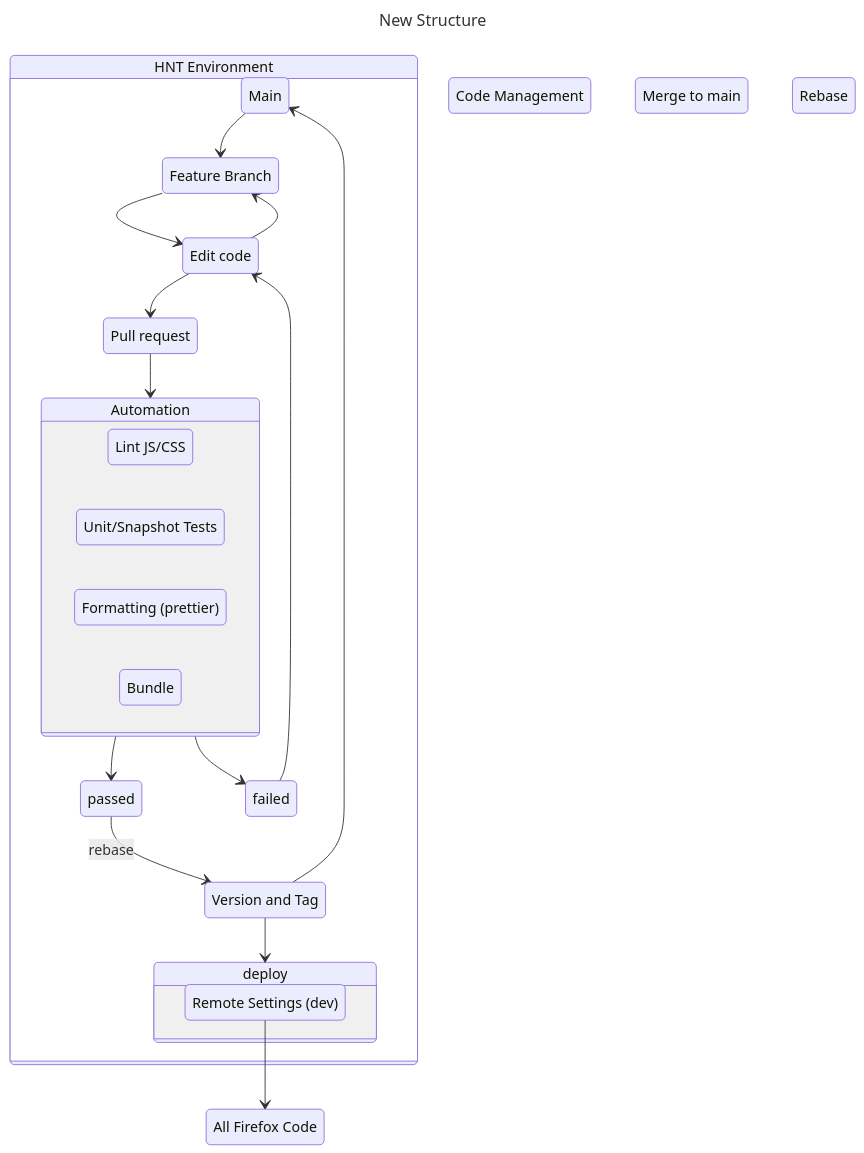
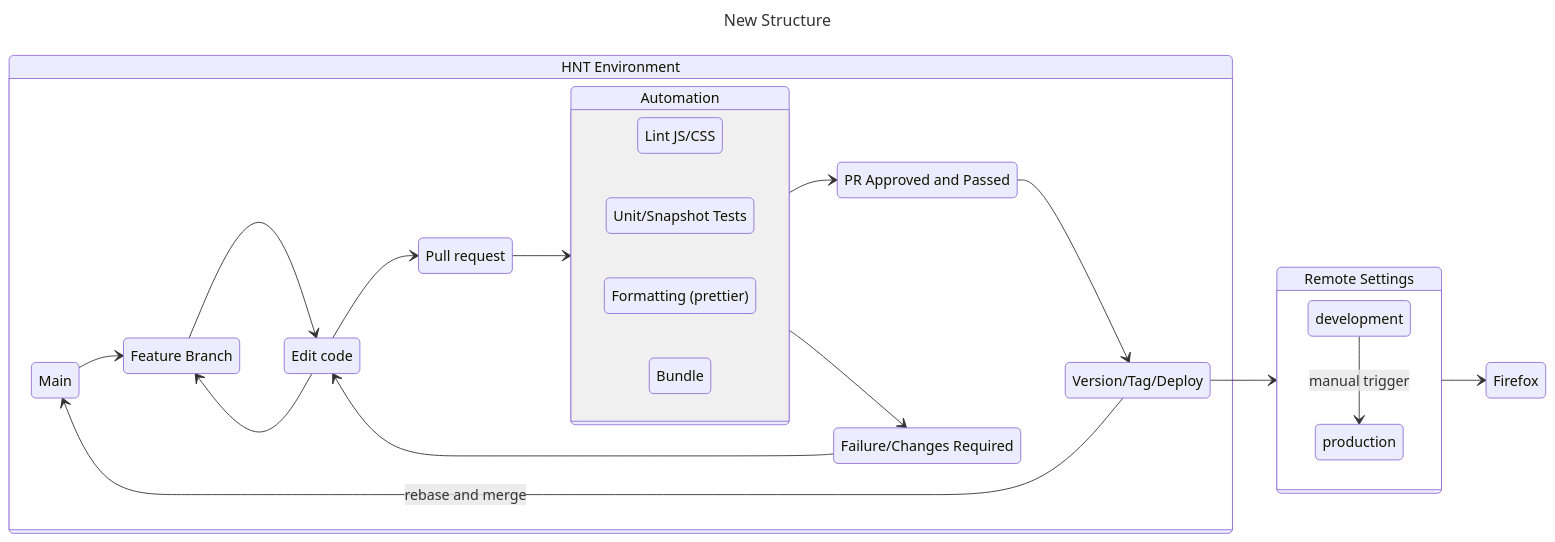
The second of 2 diagrams in STRUCTURE.MD (mozilla/home-new-tab), drawn with Mermaid before and after one commit.

Commit message:
docs(structure): adding unsaved changes

````diff
--- a/STRUCTURE.MD
+++ b/STRUCTURE.MD
@@ -75,57 +75,53 @@
 ```mermaid
 ---
 title: New Structure
 ---
 
 stateDiagram
-FF: All Firefox Code
+firefox: Firefox
 Development: HNT Environment
-code: Code Management
 main: Main
 branch: Feature Branch
 pr: Pull request
-merge: Merge to main
-rebase: Rebase
 edit: Edit code
 lint: Lint JS/CSS
 test: Unit/Snapshot Tests
 prettier: Formatting (prettier)
-remote: Remote Settings (dev)
+remote: Remote Settings
 automation: Automation
-version: Version and Tag
-remote-->FF
+version: Version/Tag/Deploy
+failed: Failure/Changes Required
+passed: PR Approved and Passed
+
+direction LR
+version-->remote
+remote-->firefox
+
 state Development{
+  automation-->passed
+  automation-->failed
+  passed-->version
+  version-->main: rebase and merge
+  failed-->edit
+  main-->branch
+  branch-->edit
+  edit-->pr
 
-automation-->passed
-automation-->failed
-passed-->version: rebase
-version-->main
-version-->deploy
-failed-->edit
+  edit-->branch
+  pr-->automation
+  state automation{
+    direction LR
+    lint
+    prettier
+    test
+    bundle: Bundle
+  }
+}
 
-
-state deploy{
-  remote
+state remote{
+  development-->production:manual trigger
+  production
 }
 
 
-    main-->branch
-    branch-->edit
-    edit-->pr
-    edit-->branch
-    pr-->automation
-    state automation{
-      direction LR
-      lint
-      prettier
-      test
-      bundle: Bundle
-    }
-
-
-}
-
-
-
-
 ```
````
